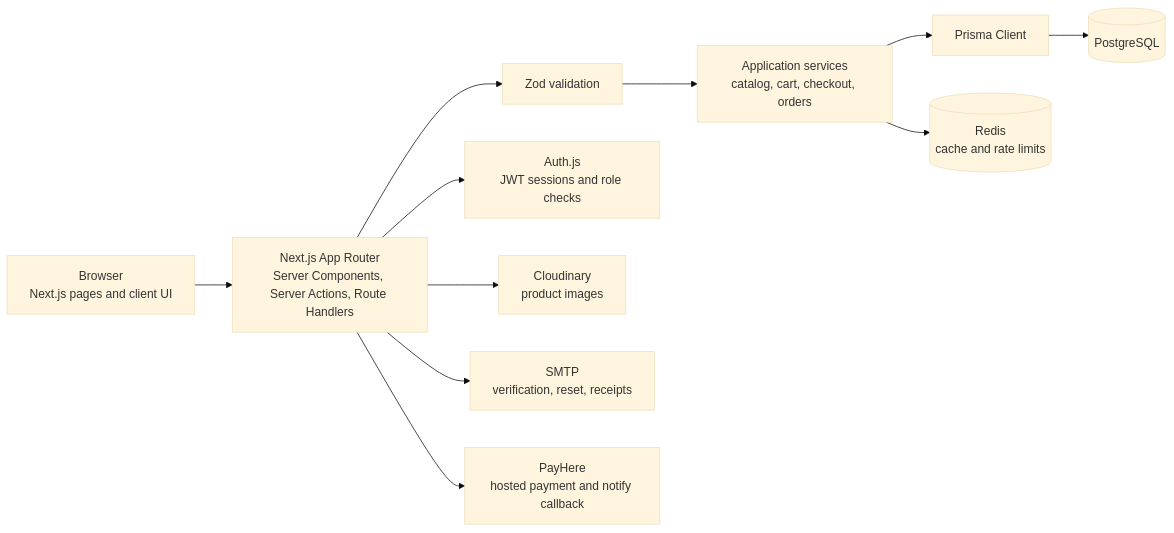
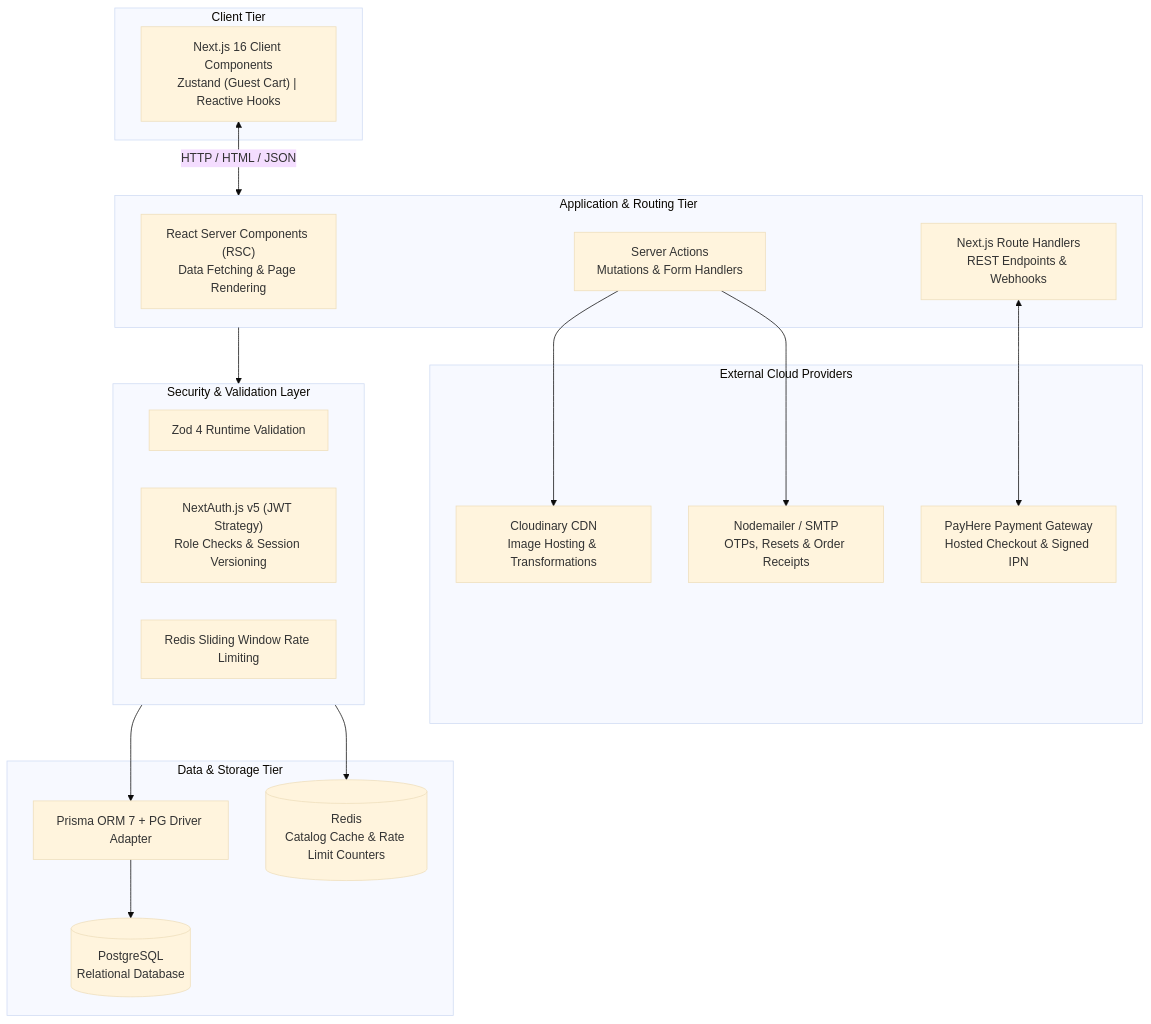
The diagram in README.md (HasarangaSam/velora), drawn with Mermaid (base theme) before and after one commit. The commit also changed other lines of this file and 10 other files, not shown here.

````diff
--- a/README.md
+++ b/README.md
@@ -98,13 +43,39 @@
 ```mermaid
-flowchart LR
-  Browser[Browser\nNext.js pages and client UI] --> App[Next.js App Router\nServer Components, Server Actions, Route Handlers]
-  App --> Validation[Zod validation]
-  Validation --> Domain[Application services\ncatalog, cart, checkout, orders]
-  Domain --> Prisma[Prisma Client]
-  Prisma --> PostgreSQL[(PostgreSQL)]
-  Domain --> Redis[(Redis\ncache and rate limits)]
-  App --> Auth[Auth.js\nJWT sessions and role checks]
-  App --> Cloudinary[Cloudinary\nproduct images]
-  App --> SMTP[SMTP\nverification, reset, receipts]
-  App --> PayHere[PayHere\nhosted payment and notify callback]
+flowchart TD
+  subgraph Client [Client Tier]
+    Browser["Next.js 16 Client Components\nZustand (Guest Cart) | Reactive Hooks"]
+  end
+
+  subgraph Edge [Application & Routing Tier]
+    RSC["React Server Components (RSC)\nData Fetching & Page Rendering"]
+    Actions["Server Actions\nMutations & Form Handlers"]
+    API["Next.js Route Handlers\nREST Endpoints & Webhooks"]
+  end
+
+  subgraph Security [Security & Validation Layer]
+    Zod["Zod 4 Runtime Validation"]
+    Auth["NextAuth.js v5 (JWT Strategy)\nRole Checks & Session Versioning"]
+    RateLimiter["Redis Sliding Window Rate Limiting"]
+  end
+
+  subgraph Data [Data & Storage Tier]
+    Prisma["Prisma ORM 7 + PG Driver Adapter"]
+    Postgres[("PostgreSQL\nRelational Database")]
+    Redis[("Redis\nCatalog Cache & Rate Limit Counters")]
+  end
+
+  subgraph Integrations [External Cloud Providers]
+    Cloudinary["Cloudinary CDN\nImage Hosting & Transformations"]
+    PayHere["PayHere Payment Gateway\nHosted Checkout & Signed IPN"]
+    SMTP["Nodemailer / SMTP\nOTPs, Resets & Order Receipts"]
+  end
+
+  Browser <-->|HTTP / HTML / JSON| Edge
+  Edge --> Security
+  Security --> Prisma
+  Security --> Redis
+  Prisma --> Postgres
+  Actions --> Cloudinary
+  Actions --> SMTP
+  API <--> PayHere
 ```
````
